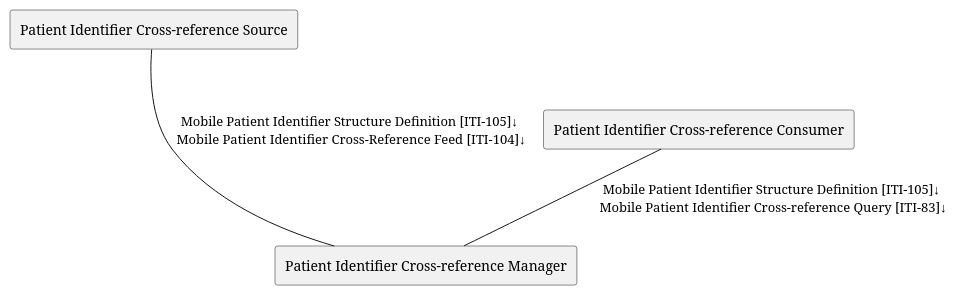
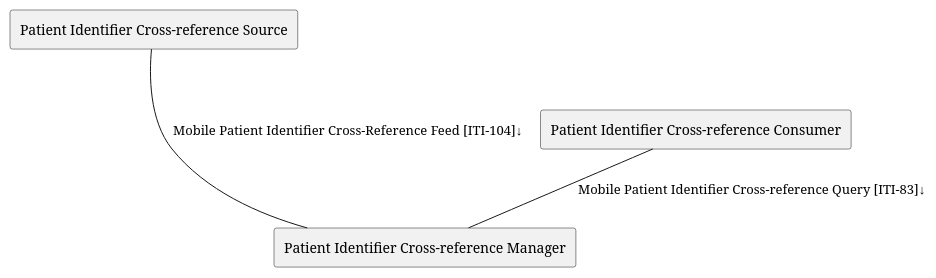
The diagram in input/images-source/ActorsAndTransactions.plantuml (IHE/ITI.PIXm), drawn with PlantUML before and after one commit. The commit also changed 2 other files, not shown here.

```diff
--- a/input/images-source/ActorsAndTransactions.plantuml
+++ b/input/images-source/ActorsAndTransactions.plantuml
@@ -1,11 +1,11 @@
 @startuml
 
 agent "Patient Identifier Cross-reference Source" as Source
 agent "Patient Identifier Cross-reference Consumer" as Consumer
 agent "Patient Identifier Cross-reference Manager" as Manager
 
 
-Source --- Manager: "Mobile Patient Identifier Structure Definition [ITI-105]↓\n Mobile Patient Identifier Cross-Reference Feed [ITI-104]↓"
-Consumer -- Manager : "Mobile Patient Identifier Structure Definition [ITI-105]↓\n Mobile Patient Identifier Cross-reference Query [ITI-83]↓"
+Source --- Manager: "Mobile Patient Identifier Cross-Reference Feed [ITI-104]↓"
+Consumer -- Manager : "Mobile Patient Identifier Cross-reference Query [ITI-83]↓"
 
 @enduml
```
